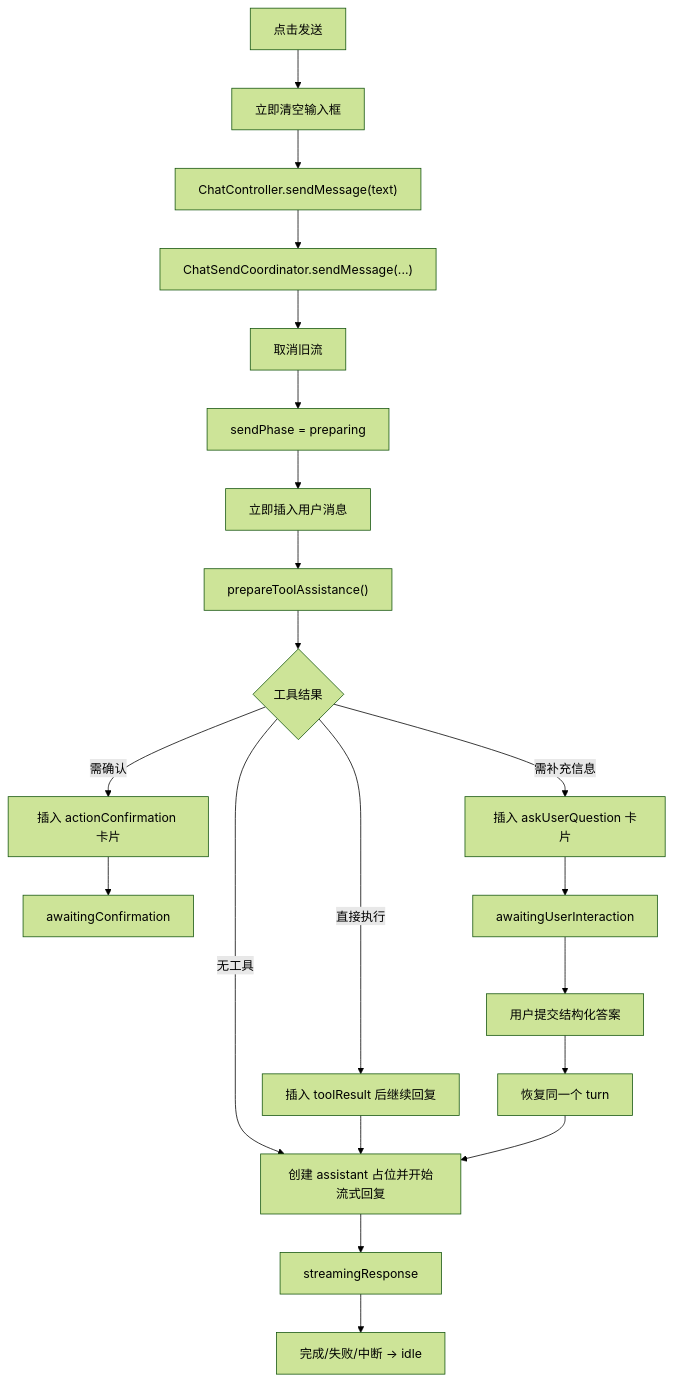
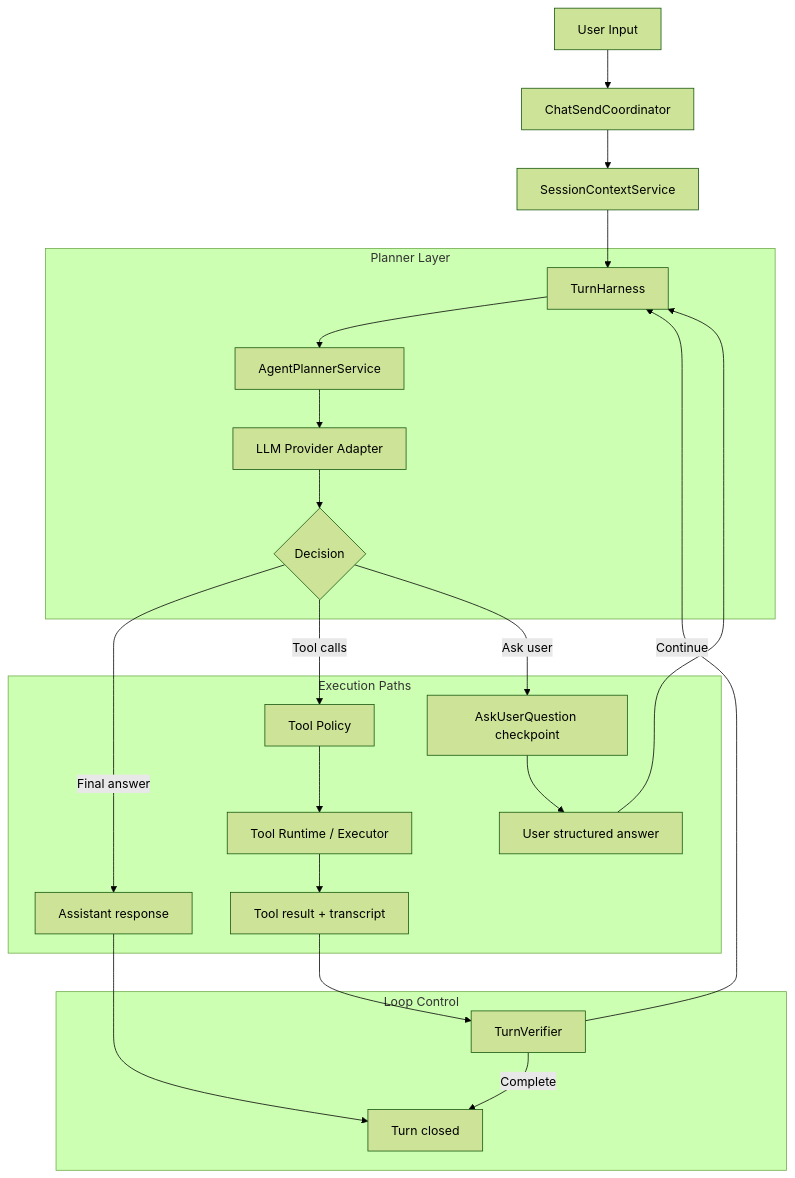
Before and after one commit to 18839779221/FlutterAIChat: the diagram in README.md, drawn with Mermaid (forest theme). The commit also changed other lines of this file and 4 other files, not shown here.

````diff
--- a/README.md
+++ b/README.md
@@ -195,23 +44,29 @@
 ```mermaid
 flowchart TD
-    A["点击发送"] --> B["立即清空输入框"]
-    B --> C["ChatController.sendMessage(text)"]
-    C --> D["ChatSendCoordinator.sendMessage(...)"]
-    D --> E["取消旧流"]
-    E --> F["sendPhase = preparing"]
-    F --> G["立即插入用户消息"]
-    G --> H["prepareToolAssistance()"]
-    H --> I{"工具结果"}
-    I -->|无工具| J["创建 assistant 占位并开始流式回复"]
-    I -->|需确认| K["插入 actionConfirmation 卡片"]
-    I -->|需补充信息| Q["插入 askUserQuestion 卡片"]
-    I -->|直接执行| L["插入 toolResult 后继续回复"]
-    L --> J
-    K --> M["awaitingConfirmation"]
-    Q --> R["awaitingUserInteraction"]
-    R --> S["用户提交结构化答案"]
-    S --> T["恢复同一个 turn"]
-    T --> J
-    J --> N["streamingResponse"]
-    N --> O["完成/失败/中断 -> idle"]
+    A["User Input"] --> B["ChatSendCoordinator"]
+    B --> C["SessionContextService"]
+    C --> D["TurnHarness"]
+
+    subgraph Planner["Planner Layer"]
+        D --> E["AgentPlannerService"]
+        E --> F["LLM Provider Adapter"]
+        F --> G{"Decision"}
+    end
+
+    subgraph Execution["Execution Paths"]
+        G -->|Final answer| H["Assistant response"]
+        G -->|Tool calls| I["Tool Policy"]
+        G -->|Ask user| J["AskUserQuestion checkpoint"]
+        I --> K["Tool Runtime / Executor"]
+        K --> L["Tool result + transcript"]
+        J --> M["User structured answer"]
+    end
+
+    subgraph Loop["Loop Control"]
+        L --> N["TurnVerifier"]
+        M --> D
+        N -->|Continue| D
+        N -->|Complete| O["Turn closed"]
+        H --> O
+    end
 ```
````
